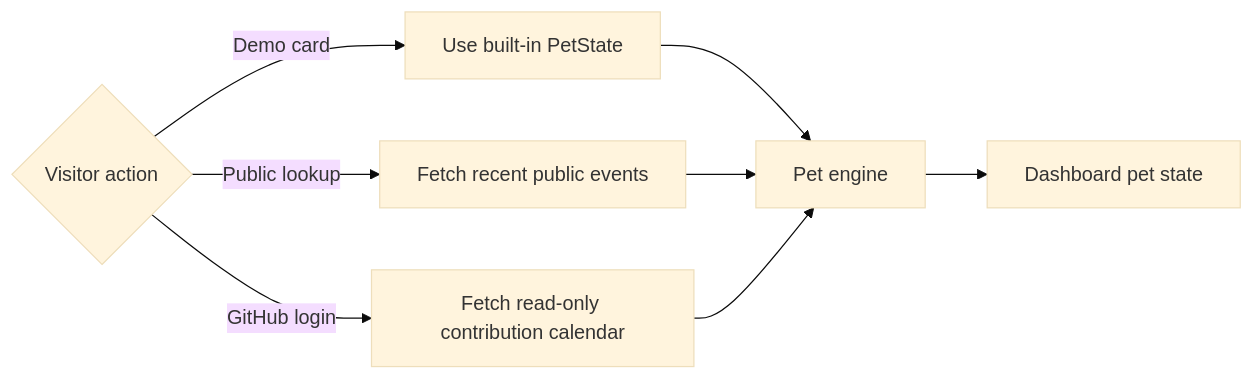
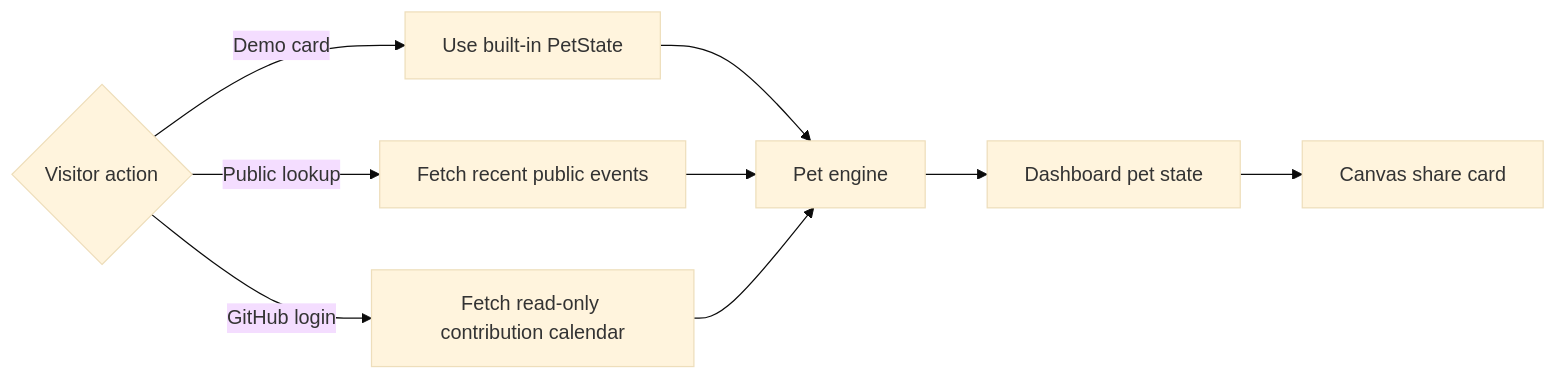
The second of 4 diagrams in docs/architecture.md (PascalAI2024/VibeGotchi), drawn with Mermaid (base theme) before and after one commit. The commit also changed other lines of this file and 6 other files, not shown here.

````diff
--- a/docs/architecture.md
+++ b/docs/architecture.md
@@ -44,12 +44,13 @@
 ```mermaid
 flowchart LR
   UserChoice{Visitor action}
   UserChoice -->|Demo card| DemoState[Use built-in PetState]
   UserChoice -->|Public lookup| Events[Fetch recent public events]
   UserChoice -->|GitHub login| Contributions[Fetch read-only contribution calendar]
 
   DemoState --> Engine[Pet engine]
   Events --> Engine
   Contributions --> Engine
   Engine --> View[Dashboard pet state]
+  View --> Share[Canvas share card]
 ```
````
